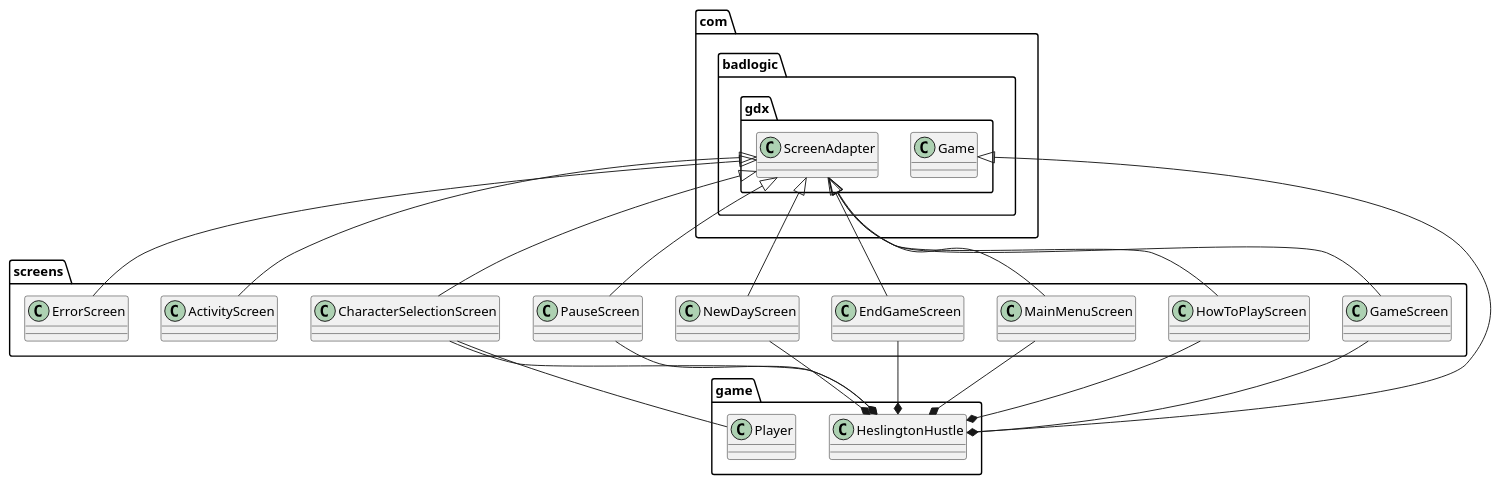
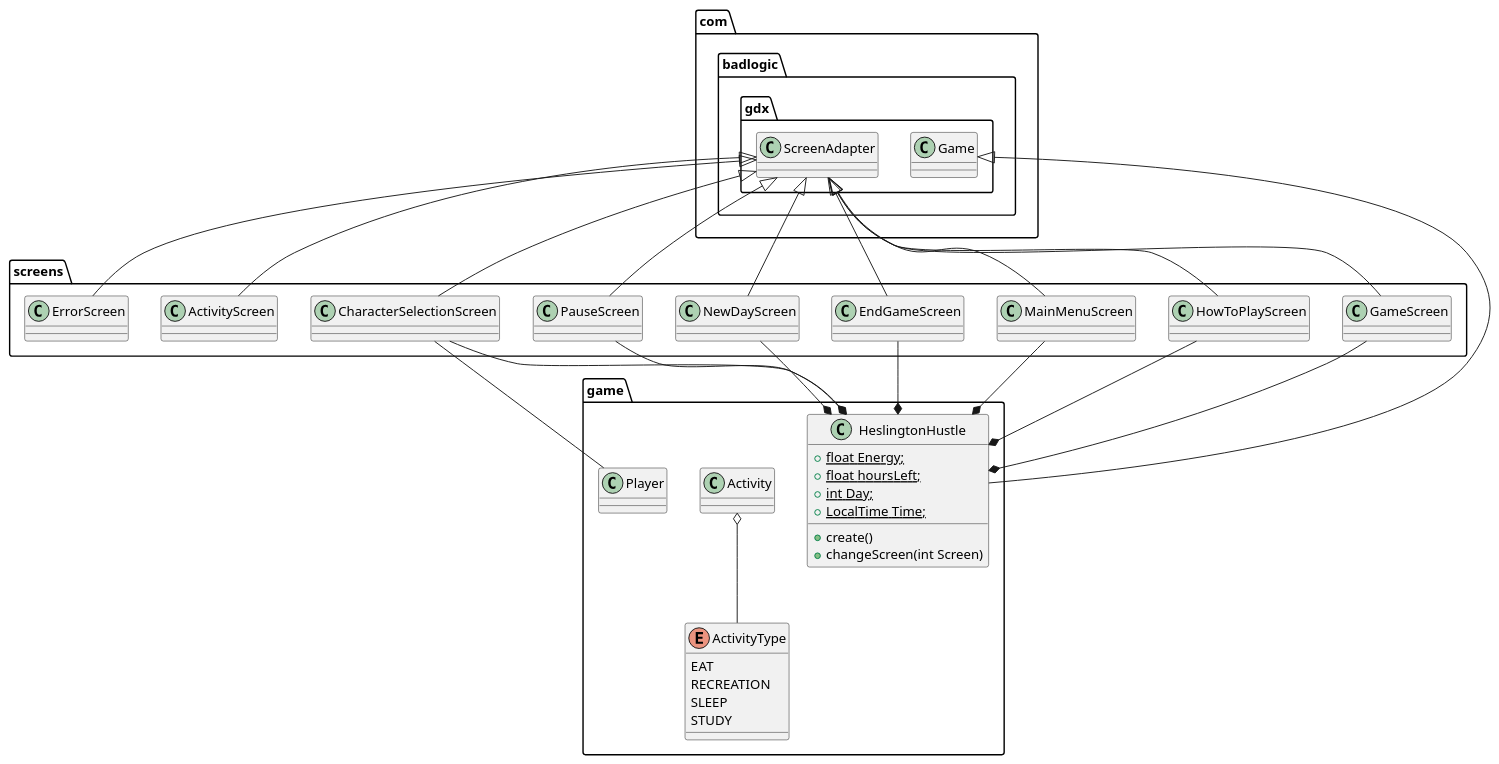
One commit to Mxtt-smith/Group-12-ENG1 changed the diagram in UML_Diagrams/Overall Current Design.puml. Above: the diagram before and after it, drawn with PlantUML. The commit also changed 7 other files, not shown here.

Commit message:
notes added for the reasons for each diagram

```diff
--- a/UML_Diagrams/Overall Current Design.puml
+++ b/UML_Diagrams/Overall Current Design.puml
@@ -1,38 +1,63 @@
 @startuml
 'https://plantuml.com/class-diagram
+/'
+This is a large overall view of the project as it currently is
+with most of the relationships on
+
+'/
+
 package com.badlogic.gdx {
 class ScreenAdapter
 class Game
 }
 package game{
 
 class HeslingtonHustle extends com.badlogic.gdx.Game{
+    + {static} float Energy;
+    + {static} float hoursLeft;
+    + {static} int Day;
+    + {static} LocalTime Time;
+
+    +create()
+    +changeScreen(int Screen)
 }
+
+class Activity{
+
+}
+
+enum ActivityType {
+    EAT
+    RECREATION
+    SLEEP
+    STUDY
+}
+Activity o-- ActivityType
 
 class Player{}
 
 }
 
 package screens {
 class ActivityScreen extends com.badlogic.gdx.ScreenAdapter
 class CharacterSelectionScreen extends com.badlogic.gdx.ScreenAdapter
 class EndGameScreen extends com.badlogic.gdx.ScreenAdapter
 class ErrorScreen extends com.badlogic.gdx.ScreenAdapter
 class GameScreen extends com.badlogic.gdx.ScreenAdapter
 class HowToPlayScreen extends com.badlogic.gdx.ScreenAdapter
 class MainMenuScreen extends com.badlogic.gdx.ScreenAdapter
 class NewDayScreen extends com.badlogic.gdx.ScreenAdapter
 class PauseScreen extends com.badlogic.gdx.ScreenAdapter
 }
 
 HeslingtonHustle *-up- CharacterSelectionScreen
 HeslingtonHustle *-up- PauseScreen
 HeslingtonHustle *-up- NewDayScreen
 HeslingtonHustle *-up- EndGameScreen
 HeslingtonHustle *-up- MainMenuScreen
 HeslingtonHustle *-up- HowToPlayScreen
 HeslingtonHustle *-up- GameScreen
 
 Player -- CharacterSelectionScreen
 }
 @enduml
```
